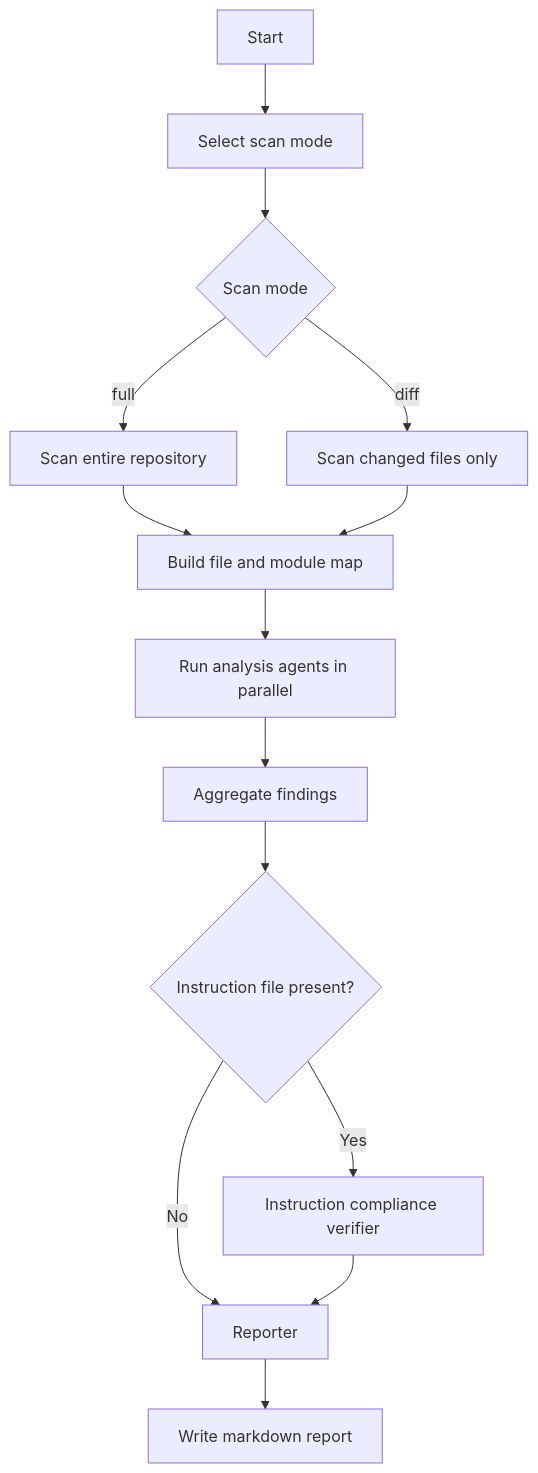
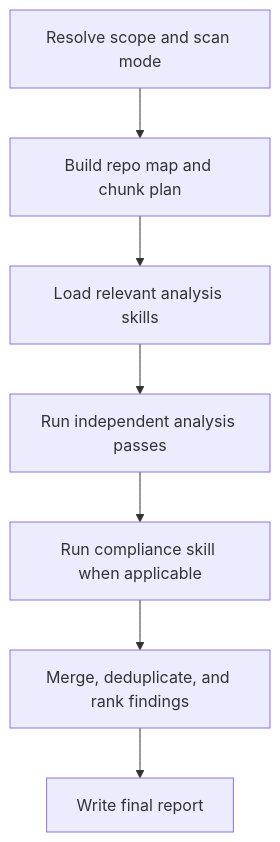
The diagram in github/agents/ultimate-codebase-analysis-agent/agentv2/agent_overview.md (buddolla1/agents-skills-instructions), drawn with Mermaid before and after one commit. The commit also changed other lines of this file and 12 other files, not shown here.

Commit message:
Add Ultimate Codebase Analysis skills

````diff
--- a/github/agents/ultimate-codebase-analysis-agent/agentv2/agent_overview.md
+++ b/github/agents/ultimate-codebase-analysis-agent/agentv2/agent_overview.md
@@ -31,16 +19,9 @@
 ```mermaid
 flowchart TD
-    A[Start] --> B[Select scan mode]
-    B --> C{Scan mode}
-    C -->|full| D[Scan entire repository]
-    C -->|diff| E[Scan changed files only]
-    D --> F[Build file and module map]
-    E --> F
-    F --> G[Run analysis agents in parallel]
-    G --> H[Aggregate findings]
-    H --> I{Instruction file present?}
-    I -->|Yes| J[Instruction compliance verifier]
-    I -->|No| K[Reporter]
-    J --> K
-    K --> L[Write markdown report]
+    A[Resolve scope and scan mode] --> B[Build repo map and chunk plan]
+    B --> C[Load relevant analysis skills]
+    C --> D[Run independent analysis passes]
+    D --> E[Run compliance skill when applicable]
+    E --> F[Merge, deduplicate, and rank findings]
+    F --> G[Write final report]
 ```
````
